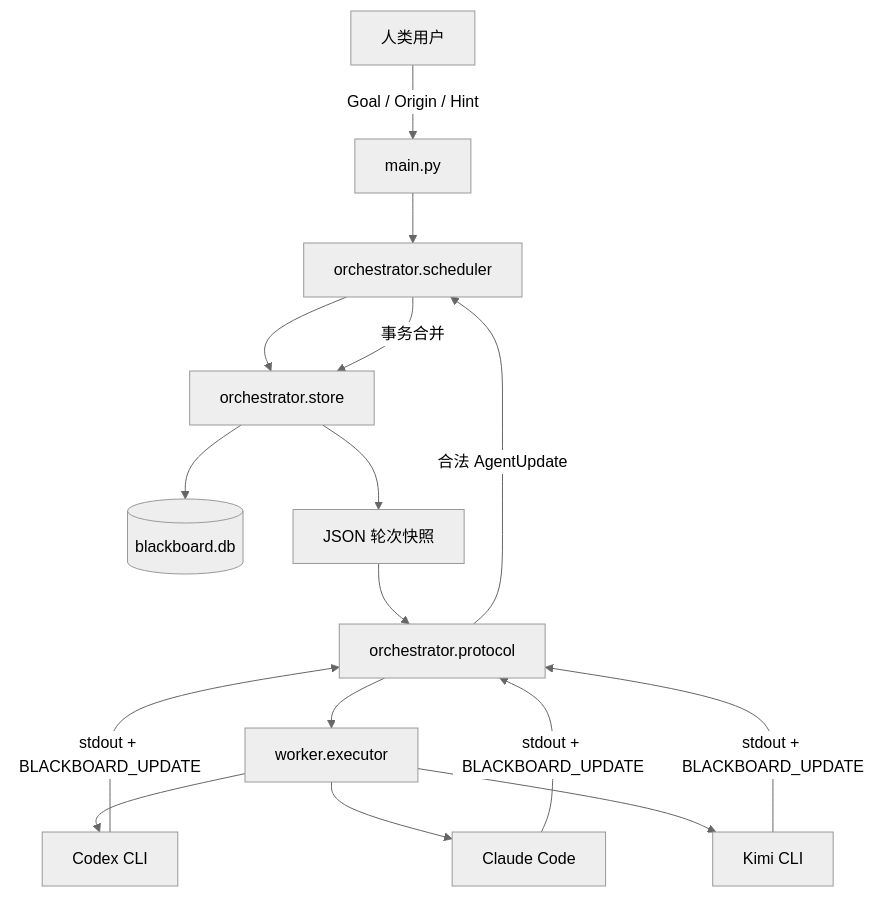
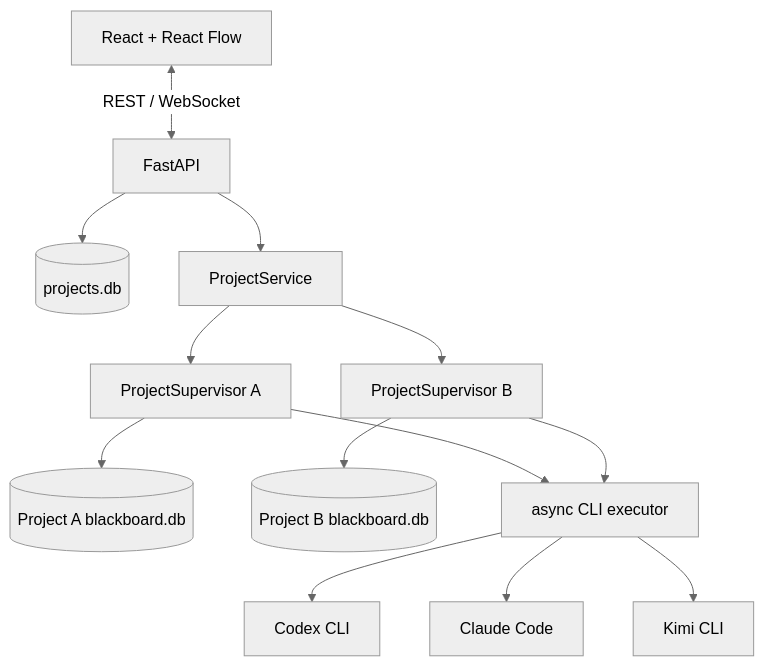
One commit to Xushu-Zhihe/Qinyuan-Architecture changed the diagram in README.md. Above: the diagram before and after it, drawn with Mermaid (neutral theme). The commit also changed other lines of this file and 22 other files, not shown here.

Commit message:
feat: deliver web blackboard workspace

````diff
--- a/README.md
+++ b/README.md
@@ -80,18 +21,15 @@
 ```mermaid
 flowchart TD
-    User["人类用户"] -->|"Goal / Origin / Hint"| Main["main.py"]
-    Main --> Scheduler["orchestrator.scheduler"]
-    Scheduler --> Store["orchestrator.store"]
-    Store --> DB[("blackboard.db")]
-    Store --> Snapshot["JSON 轮次快照"]
-    Snapshot --> Protocol["orchestrator.protocol"]
-    Protocol --> Executor["worker.executor"]
+    Browser["React + React Flow"] <-->|"REST / WebSocket"| API["FastAPI"]
+    API --> Registry[("projects.db")]
+    API --> Manager["ProjectService"]
+    Manager --> A["ProjectSupervisor A"]
+    Manager --> B["ProjectSupervisor B"]
+    A --> ADB[("Project A blackboard.db")]
+    B --> BDB[("Project B blackboard.db")]
+    A --> Executor["async CLI executor"]
+    B --> Executor
     Executor --> Codex["Codex CLI"]
     Executor --> Claude["Claude Code"]
     Executor --> Kimi["Kimi CLI"]
-    Codex -->|"stdout + BLACKBOARD_UPDATE"| Protocol
-    Claude -->|"stdout + BLACKBOARD_UPDATE"| Protocol
-    Kimi -->|"stdout + BLACKBOARD_UPDATE"| Protocol
-    Protocol -->|"合法 AgentUpdate"| Scheduler
-    Scheduler -->|"事务合并"| Store
 ```
````
